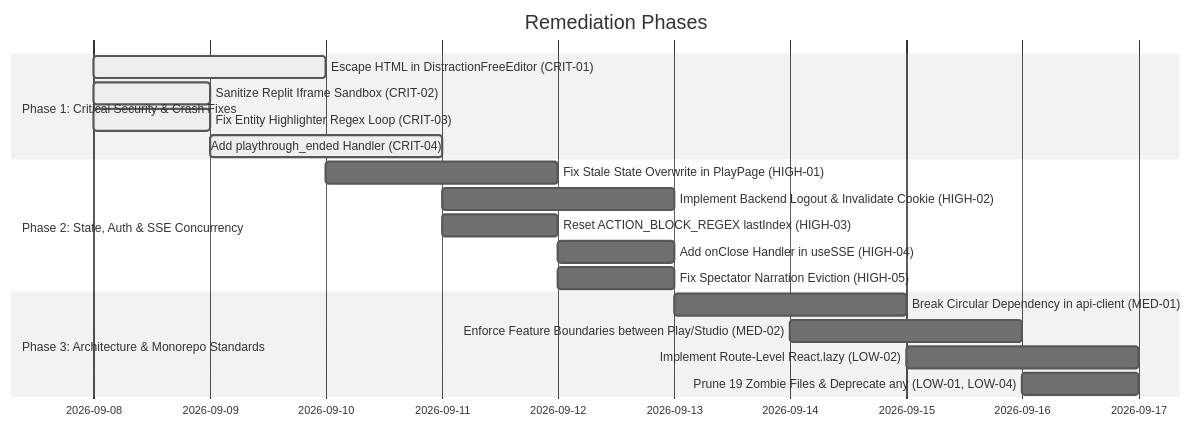
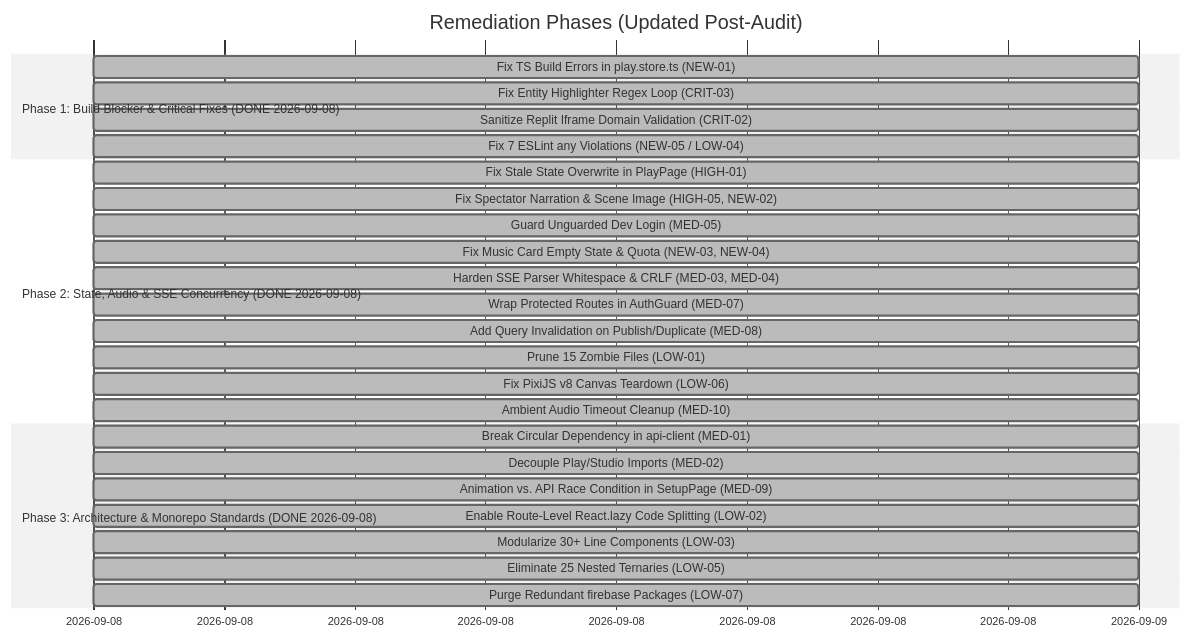
One commit to AryanSherigar/AI-DND changed the second of 2 diagrams in docs/reports/frontend-audit-report.md. Above: the diagram before and after it, drawn with Mermaid (neutral theme). The commit also changed other lines of this file and 196 other files, not shown here.

````diff
--- a/docs/reports/frontend-audit-report.md
+++ b/docs/reports/frontend-audit-report.md
@@ -599,21 +418,29 @@
 ```mermaid
 gantt
-    title Remediation Phases
+    title Remediation Phases (Updated Post-Audit)
     dateFormat  YYYY-MM-DD
-    section Phase 1: Critical Security & Crash Fixes
-    Escape HTML in DistractionFreeEditor (CRIT-01)          :active, p1_1, 2026-09-08, 2d
-    Sanitize Replit Iframe Sandbox (CRIT-02)                :active, p1_2, 2026-09-08, 1d
-    Fix Entity Highlighter Regex Loop (CRIT-03)             :active, p1_3, 2026-09-08, 1d
-    Add playthrough_ended Handler (CRIT-04)                 :active, p1_4, 2026-09-09, 2d
-    section Phase 2: State, Auth & SSE Concurrency
-    Fix Stale State Overwrite in PlayPage (HIGH-01)         :p2_1, 2026-09-10, 2d
-    Implement Backend Logout & Invalidate Cookie (HIGH-02)  :p2_2, 2026-09-11, 2d
-    Reset ACTION_BLOCK_REGEX lastIndex (HIGH-03)            :p2_3, 2026-09-11, 1d
-    Add onClose Handler in useSSE (HIGH-04)                 :p2_4, 2026-09-12, 1d
-    Fix Spectator Narration Eviction (HIGH-05)              :p2_5, 2026-09-12, 1d
-    section Phase 3: Architecture & Monorepo Standards
-    Break Circular Dependency in api-client (MED-01)        :p3_1, 2026-09-13, 2d
-    Enforce Feature Boundaries between Play/Studio (MED-02) :p3_2, 2026-09-14, 2d
-    Implement Route-Level React.lazy (LOW-02)               :p3_3, 2026-09-15, 2d
-    Prune 19 Zombie Files & Deprecate any (LOW-01, LOW-04)  :p3_4, 2026-09-16, 1d
+    section Phase 1: Build Blocker & Critical Fixes (DONE 2026-09-08)
+    Fix TS Build Errors in play.store.ts (NEW-01)          :done, p1_1, 2026-09-08, 1d
+    Fix Entity Highlighter Regex Loop (CRIT-03)             :done, p1_2, 2026-09-08, 1d
+    Sanitize Replit Iframe Domain Validation (CRIT-02)      :done, p1_3, 2026-09-08, 1d
+    Fix 7 ESLint any Violations (NEW-05 / LOW-04)           :done, p1_4, 2026-09-08, 1d
+    section Phase 2: State, Audio & SSE Concurrency (DONE 2026-09-08)
+    Fix Stale State Overwrite in PlayPage (HIGH-01)         :done, p2_1, 2026-09-08, 1d
+    Fix Spectator Narration & Scene Image (HIGH-05, NEW-02) :done, p2_2, 2026-09-08, 1d
+    Guard Unguarded Dev Login (MED-05)                      :done, p2_2b, 2026-09-08, 1d
+    Fix Music Card Empty State & Quota (NEW-03, NEW-04)     :done, p2_3, 2026-09-08, 1d
+    Harden SSE Parser Whitespace & CRLF (MED-03, MED-04)    :done, p2_4, 2026-09-08, 1d
+    Wrap Protected Routes in AuthGuard (MED-07)             :done, p2_5, 2026-09-08, 1d
+    Add Query Invalidation on Publish/Duplicate (MED-08)    :done, p2_6, 2026-09-08, 1d
+    Prune 15 Zombie Files (LOW-01)                          :done, p2_7, 2026-09-08, 1d
+    Fix PixiJS v8 Canvas Teardown (LOW-06)                  :done, p2_8, 2026-09-08, 1d
+    Ambient Audio Timeout Cleanup (MED-10)                  :done, p2_9, 2026-09-08, 1d
+    section Phase 3: Architecture & Monorepo Standards (DONE 2026-09-08)
+    Break Circular Dependency in api-client (MED-01)        :done, p3_1, 2026-09-08, 1d
+    Decouple Play/Studio Imports (MED-02)                   :done, p3_2, 2026-09-08, 1d
+    Animation vs. API Race Condition in SetupPage (MED-09)  :done, p3_3, 2026-09-08, 1d
+    Enable Route-Level React.lazy Code Splitting (LOW-02)   :done, p3_4, 2026-09-08, 1d
+    Modularize 30+ Line Components (LOW-03)                 :done, p3_5, 2026-09-08, 1d
+    Eliminate 25 Nested Ternaries (LOW-05)                  :done, p3_6, 2026-09-08, 1d
+    Purge Redundant firebase Packages (LOW-07)              :done, p3_7, 2026-09-08, 1d
 ```
````
